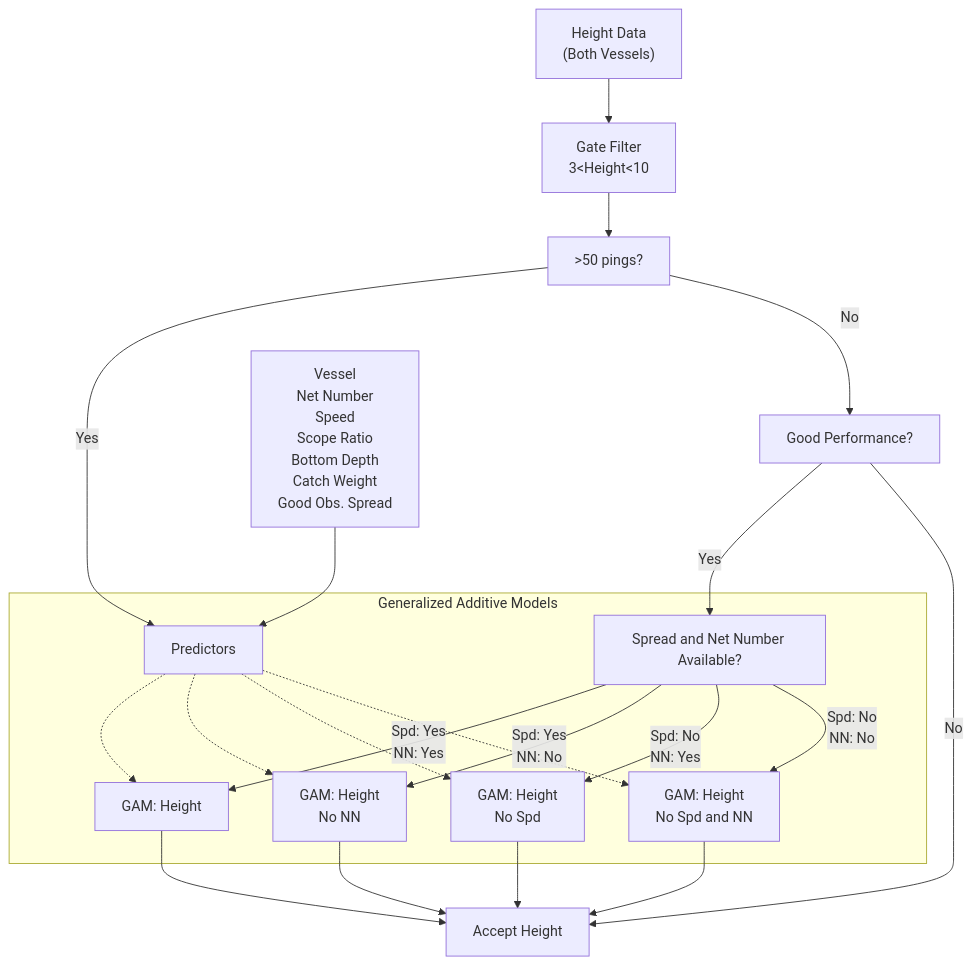
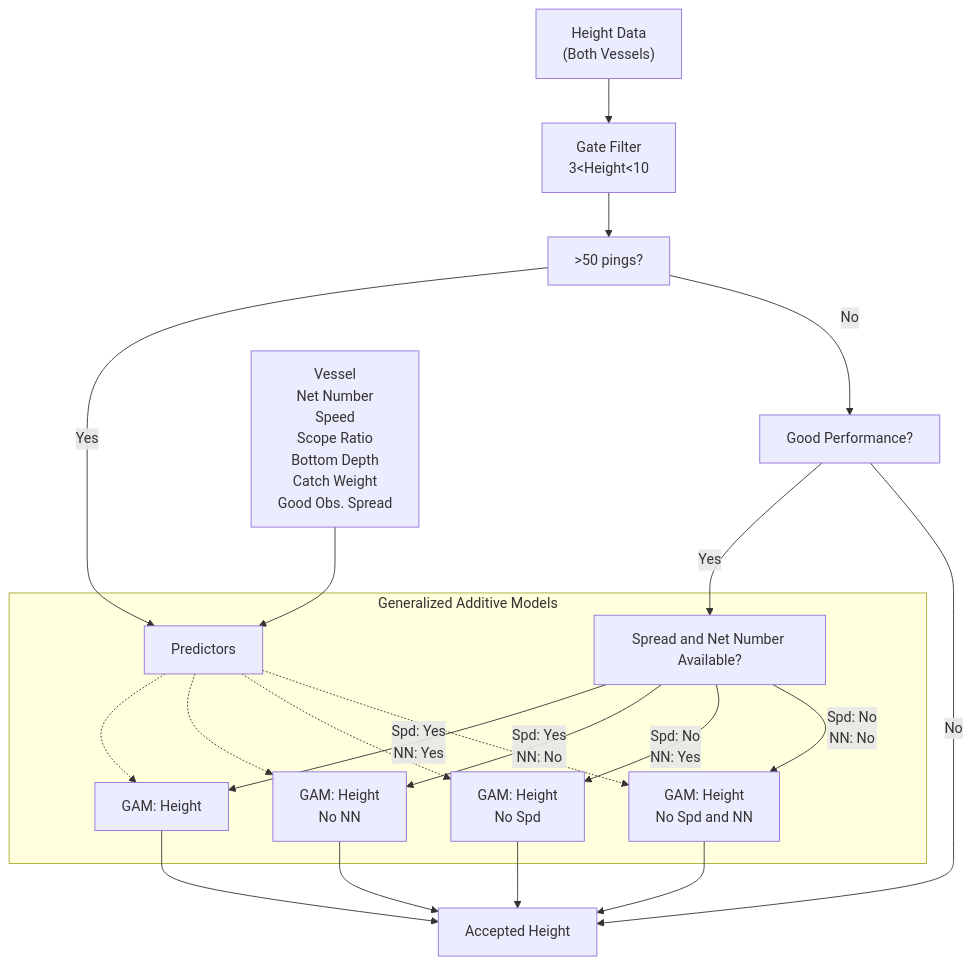
The first of 6 diagrams in assets/nm_flowchart.md (afsc-gap-products/trawlmetrics), drawn with Mermaid before and after one commit. The commit also changed other lines of this file, not shown here.

````diff
--- a/assets/nm_flowchart.md
+++ b/assets/nm_flowchart.md
@@ -6,24 +6,24 @@
 ``` mermaid
 graph TD
     HA["Height Data<br>(Both Vessels)"]-->HB["Gate Filter<br>0&lt;Height&lt;6"]
     HB["Gate Filter<br>3&lt;Height&lt;10"]-->HC["&gt;50 pings?"]
     HC["&gt;50 pings?"]-->|Yes| HU[Predictors]
     HC["&gt;50 pings?"]-->|No| HG[Good Performance?]
     HG[Good Performance?]-->|Yes| HJ[Spread and Net Number Available?]
-    HG[Good Performance?]-->|No| HT[Accept Height]
+    HG[Good Performance?]-->|No| HT[Accepted Height]
     HD[Vessel<br>Net Number<br>Speed<br>Scope Ratio<br>Bottom Depth<br>Catch Weight<br>Good Obs. Spread]-->HU[Predictors]
     subgraph Generalized Additive Models
       HU[Predictors]-.->HO[GAM: Height]
       HU[Predictors]-.->HQ[GAM: Height<br>No NN]
       HU[Predictors]-.->HR[GAM: Height<br>No Spd]
       HU[Predictors]-.->HS[GAM: Height<br>No Spd or NN]
       HJ[Spread and Net Number Available?]-->|Spd: Yes<br>NN: Yes| HO[GAM: Height]
       HJ[Spread and Net Number Available?]-->|Spd: Yes<br>NN: No| HQ[GAM: Height<br>No NN]
       HJ[Spread and Net Number Available?]-->|Spd: No<br>NN: Yes| HR[GAM: Height<br>No Spd]
       HJ[Spread and Net Number Available?]-->|Spd: No<br>NN: No| HS[GAM: Height<br>No Spd or NN]
     end
-    HO[GAM: Height]-->HT[Accept Height]
-    HQ[GAM: Height<br>No NN]-->HT[Accept Height]
-    HR[GAM: Height<br>No Spd]-->HT[Accept Height]
-    HS[GAM: Height<br>No Spd and NN]-->HT[Accept Height]
+    HO[GAM: Height]-->HT[Accepted Height]
+    HQ[GAM: Height<br>No NN]-->HT[Accepted Height]
+    HR[GAM: Height<br>No Spd]-->HT[Accepted Height]
+    HS[GAM: Height<br>No Spd and NN]-->HT[Accepted Height]
 ```
````
